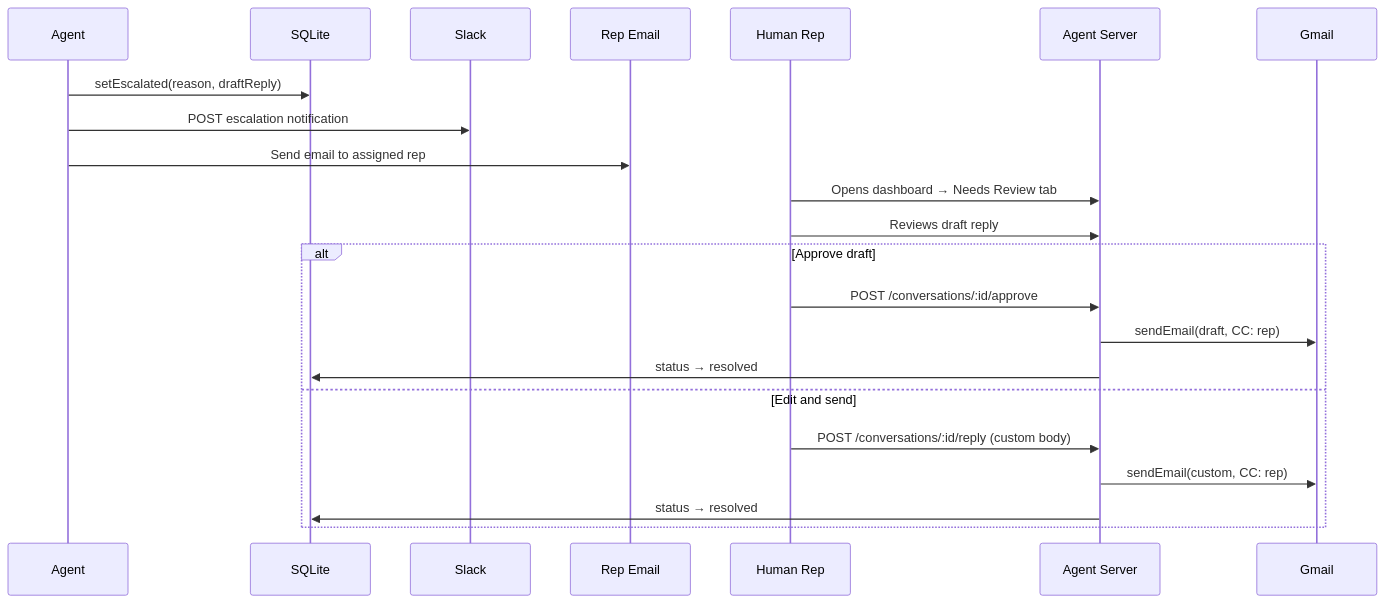
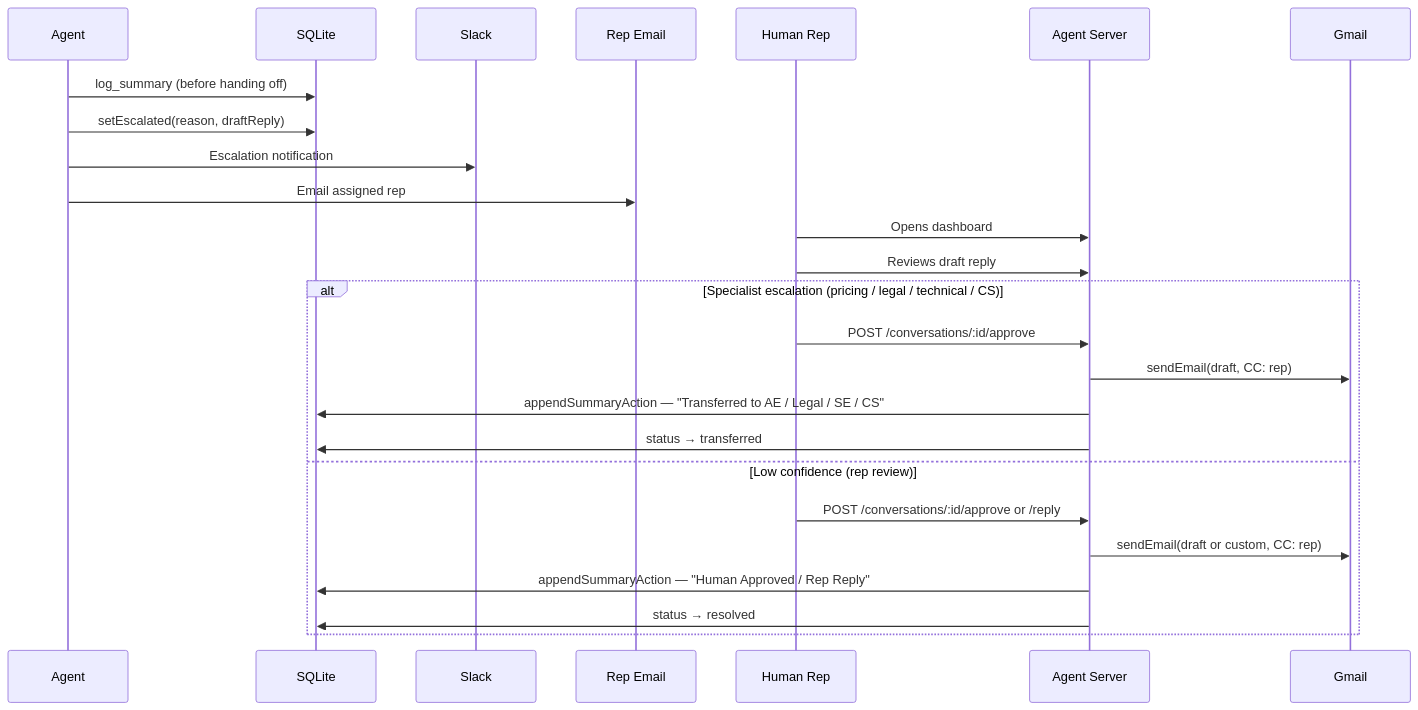
One commit to adityaswarupparida/sdr-workflow changed the third of 5 diagrams in README.md. Above: the diagram before and after it, drawn with Mermaid. The commit also changed other lines of this file and 3 other files, not shown here.

Commit message:
docs: update README diagrams to reflect current agent flow, status routing, and lifecycle

````diff
--- a/README.md
+++ b/README.md
@@ -100,26 +103,30 @@
 ```mermaid
 sequenceDiagram
     participant A as Agent
     participant DB as SQLite
     participant SL as Slack
     participant RE as Rep Email
     participant H as Human Rep
     participant AS as Agent Server
     participant G as Gmail
 
+    A->>DB: log_summary (before handing off)
     A->>DB: setEscalated(reason, draftReply)
-    A->>SL: POST escalation notification
-    A->>RE: Send email to assigned rep
-    H->>AS: Opens dashboard → Needs Review tab
+    A->>SL: Escalation notification
+    A->>RE: Email assigned rep
+
+    H->>AS: Opens dashboard
     H->>AS: Reviews draft reply
 
-    alt Approve draft
+    alt Specialist escalation (pricing / legal / technical / CS)
         H->>AS: POST /conversations/:id/approve
         AS->>G: sendEmail(draft, CC: rep)
-        AS->>DB: status → resolved
-    else Edit and send
-        H->>AS: POST /conversations/:id/reply (custom body)
-        AS->>G: sendEmail(custom, CC: rep)
+        AS->>DB: appendSummaryAction — "Transferred to AE / Legal / SE / CS"
+        AS->>DB: status → transferred
+    else Low confidence (rep review)
+        H->>AS: POST /conversations/:id/approve or /reply
+        AS->>G: sendEmail(draft or custom, CC: rep)
+        AS->>DB: appendSummaryAction — "Human Approved / Rep Reply"
         AS->>DB: status → resolved
     end
 ```
````
